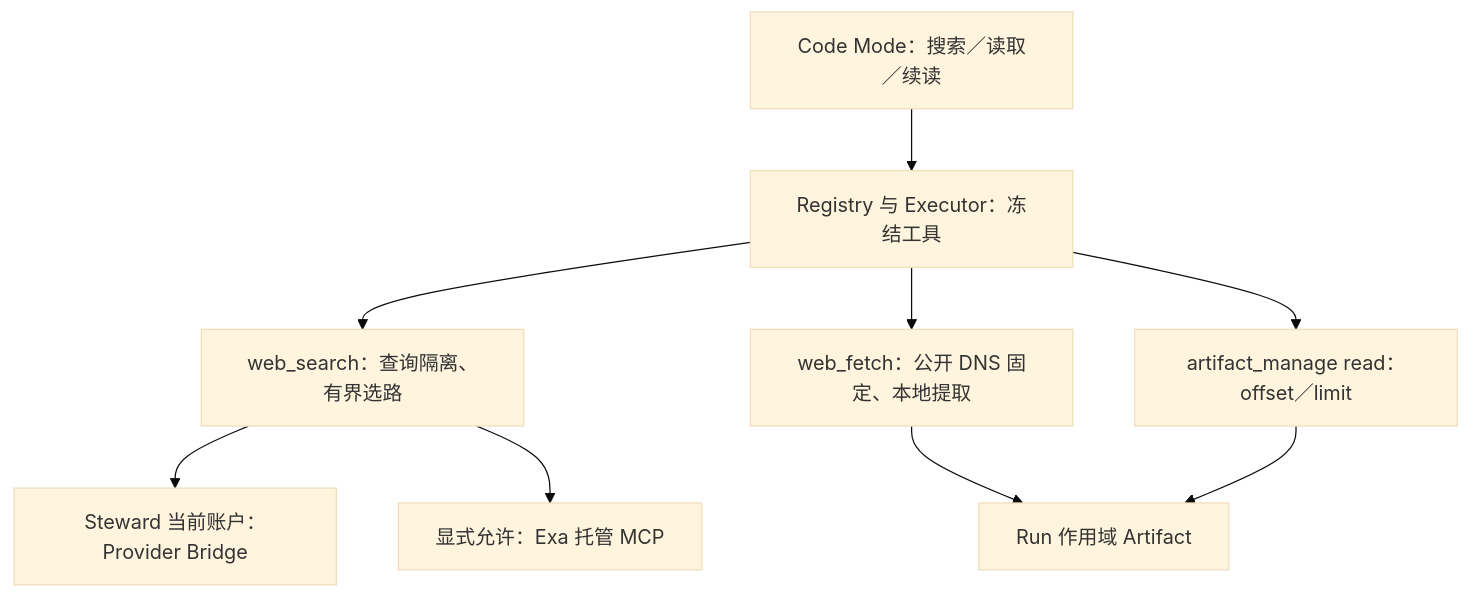
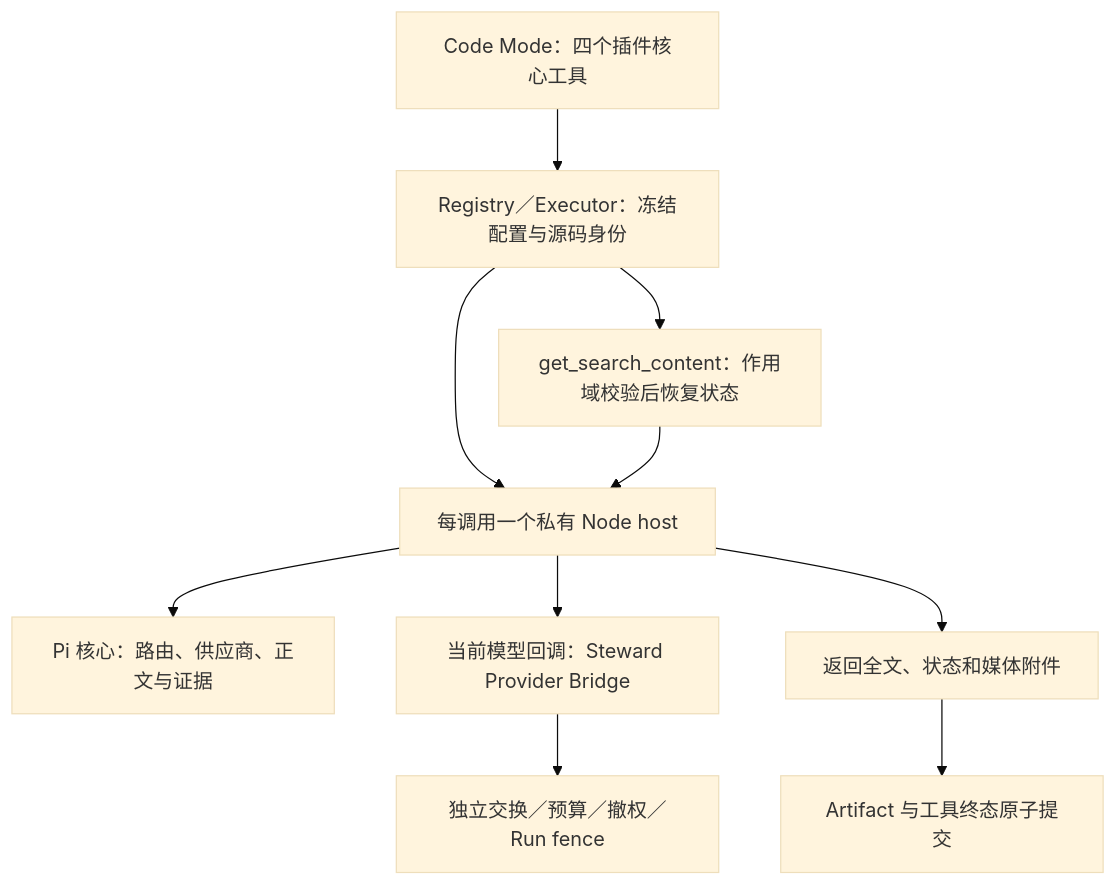
The second of 3 diagrams in docs/designs/integrations.md (z-chenhao/assistant), drawn with Mermaid (base theme) before and after one commit. The commit also changed other lines of this file and 136 other files, not shown here.

````diff
--- a/docs/designs/integrations.md
+++ b/docs/designs/integrations.md
@@ -209,11 +209,12 @@
 ```mermaid
 flowchart TD
-    C["Code Mode：搜索／读取／续读"] --> E["Registry 与 Executor：冻结工具"]
-    E --> S["web_search：查询隔离、有界选路"]
-    S --> N["Steward 当前账户：Provider Bridge"]
-    S --> X["显式允许：Exa 托管 MCP"]
-    E --> F["web_fetch：公开 DNS 固定、本地提取"]
-    F --> A["Run 作用域 Artifact"]
-    E --> R["artifact_manage read：offset／limit"]
-    R --> A
+    C["Code Mode：四个插件核心工具"] --> E["Registry／Executor：冻结配置与源码身份"]
+    E --> P["每调用一个私有 Node host"]
+    P --> W["Pi 核心：路由、供应商、正文与证据"]
+    P --> M["当前模型回调：Steward Provider Bridge"]
+    M --> B["独立交换／预算／撤权／Run fence"]
+    P --> A["返回全文、状态和媒体附件"]
+    A --> S["Artifact 与工具终态原子提交"]
+    E --> R["get_search_content：作用域校验后恢复状态"]
+    R --> P
 ```
````
